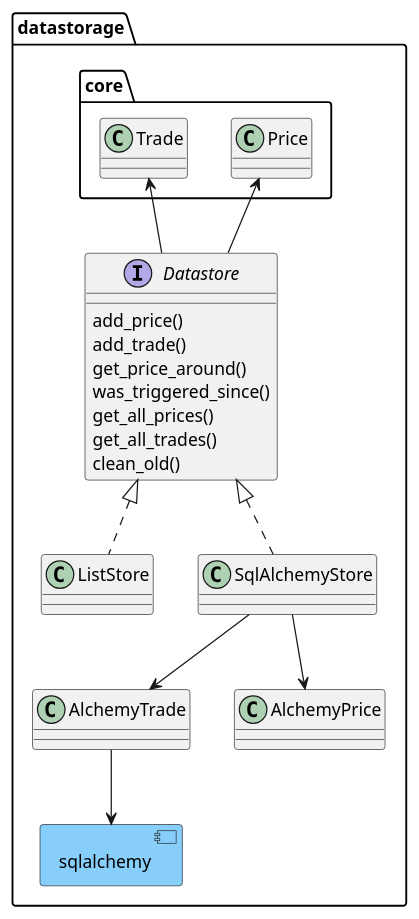
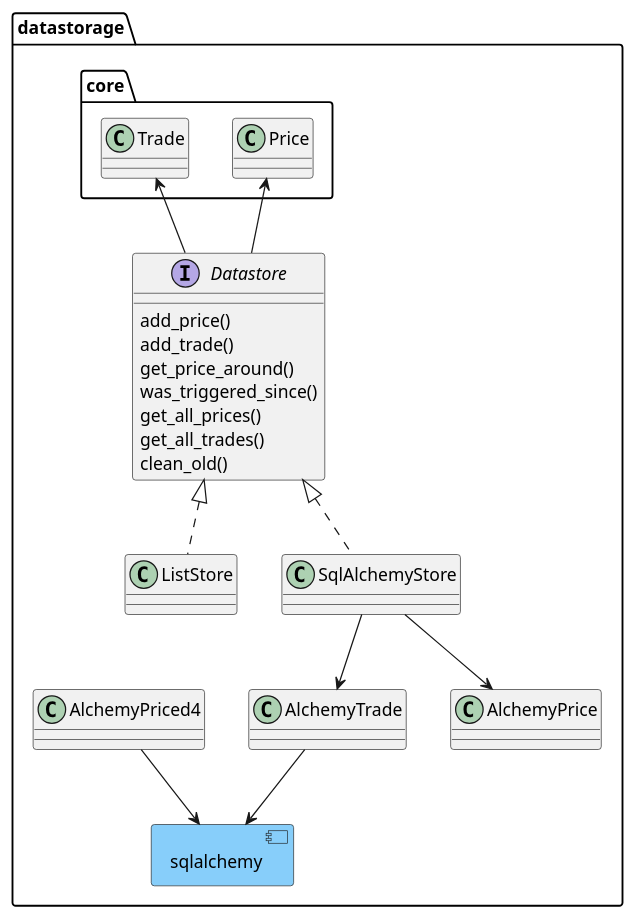
The diagram in docs/dev/graphs/datastore.puml (martin-ueding/vigilant-crypto-snatch), drawn with PlantUML before and after one commit. The commit also changed 4 other files, not shown here.

Commit message:
Update diagrams

```diff
--- a/docs/dev/graphs/datastore.puml
+++ b/docs/dev/graphs/datastore.puml
@@ -1,34 +1,35 @@
 @startuml
 
 allowmixing
 
 namespace datastorage {
     component sqlalchemy #lightskyblue
 
 interface Datastore {
     add_price()
     add_trade()
     get_price_around()
     was_triggered_since()
     get_all_prices()
     get_all_trades()
     clean_old()
 }
 class ListStore implements Datastore
 class SqlAlchemyStore implements Datastore
 
 core.Price <-- Datastore
 core.Trade <-- Datastore
 
 class AlchemyTrade
 class AlchemyPrice
 
 SqlAlchemyStore --> AlchemyTrade
 SqlAlchemyStore --> AlchemyPrice
 
 AlchemyTrade --> sqlalchemy
+AlchemyPriced4 --> sqlalchemy
 
 
 }
 
 @enduml
```
